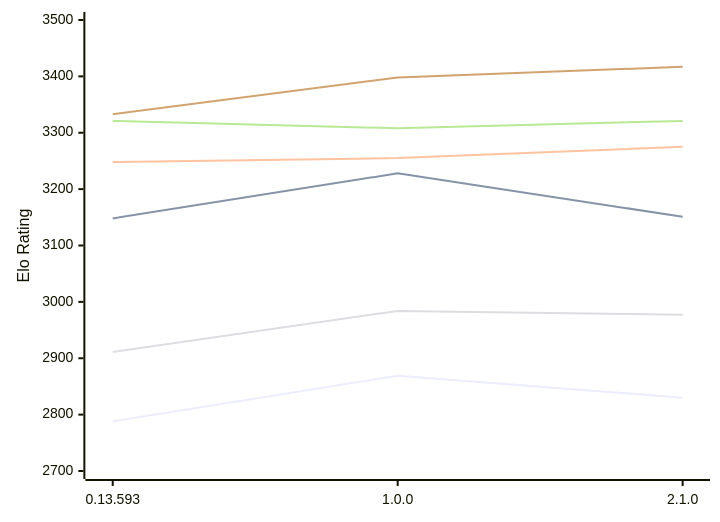
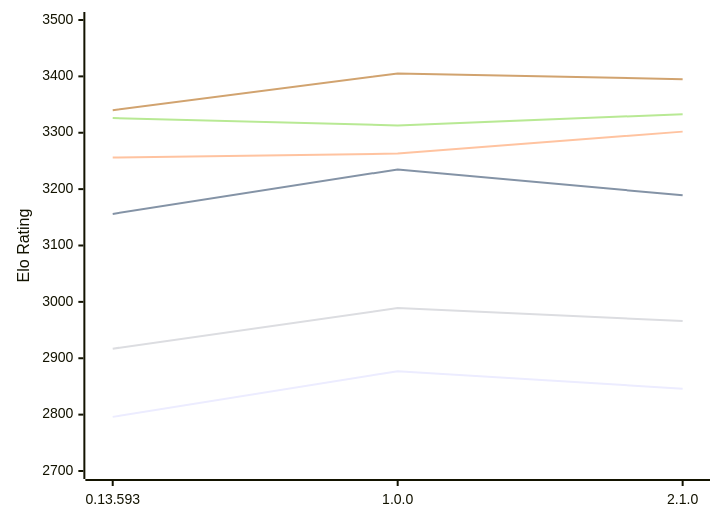
One commit to computer-chess-index/cci changed the diagram in engines/Pawnstar.md. Above: the diagram before and after it, drawn with Mermaid. The commit also changed other lines of this file, not shown here.

Commit message:
Update CCI Ratings (ELO VLTC) - 2026-11-03

````diff
--- a/engines/Pawnstar.md
+++ b/engines/Pawnstar.md
@@ -51,12 +51,12 @@
 ```mermaid
 %%{init: {"theme":"base","themeVariables":{"seriesColors:['#a3a3a3','#222221','#faa371']}}}%%
 xychart-beta
   x-axis ["0.13.593", "1.0.0", "2.1.0"]
   y-axis "Elo Rating" 2700 --> 3500
-  line "E1: STC (8.0+0.08s)" [2788, 2869, 2830]
-  line "E1: LTC (60.0+0.60s)" [3148, 3228, 3151]
-  line "E1: VLTC (2m24s+1.12s)" [3248, 3255, 3275]
-  line "P1: STC (8.0+0.08s)" [2911, 2984, 2977]
-  line "P1: LTC (60.0+0.60s)" [3321, 3308, 3321]
-  line "P1: VLTC (2m24s+1.12s)" [3333, 3398, 3417]
+  line "E1: STC (8.0+0.08s)" [2796, 2877, 2846]
+  line "E1: LTC (60.0+0.60s)" [3156, 3235, 3189]
+  line "E1: VLTC (2m24s+1.12s)" [3256, 3263, 3302]
+  line "P1: STC (8.0+0.08s)" [2917, 2989, 2966]
+  line "P1: LTC (60.0+0.60s)" [3326, 3313, 3333]
+  line "P1: VLTC (2m24s+1.12s)" [3340, 3405, 3395]
 ```
````
